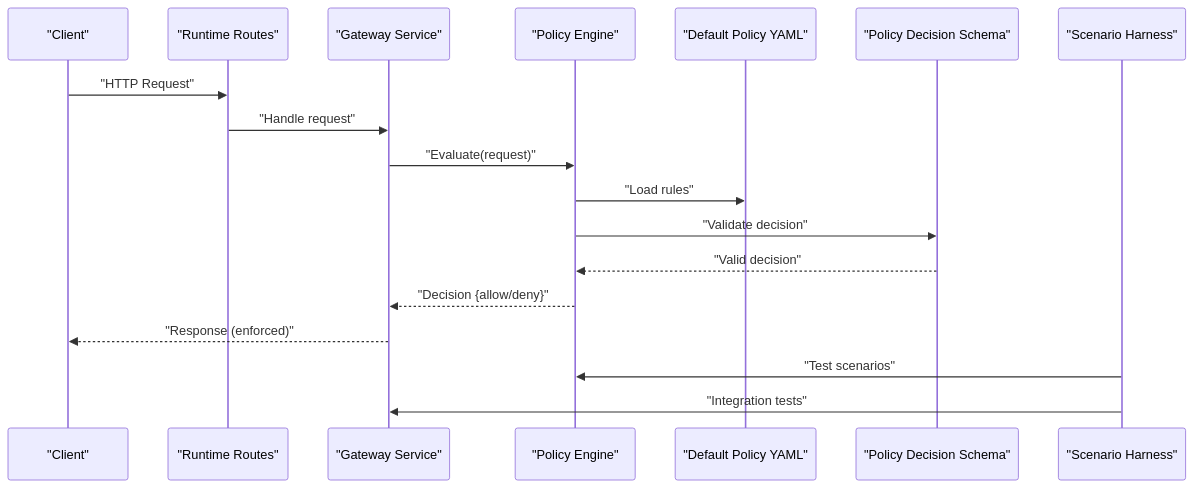
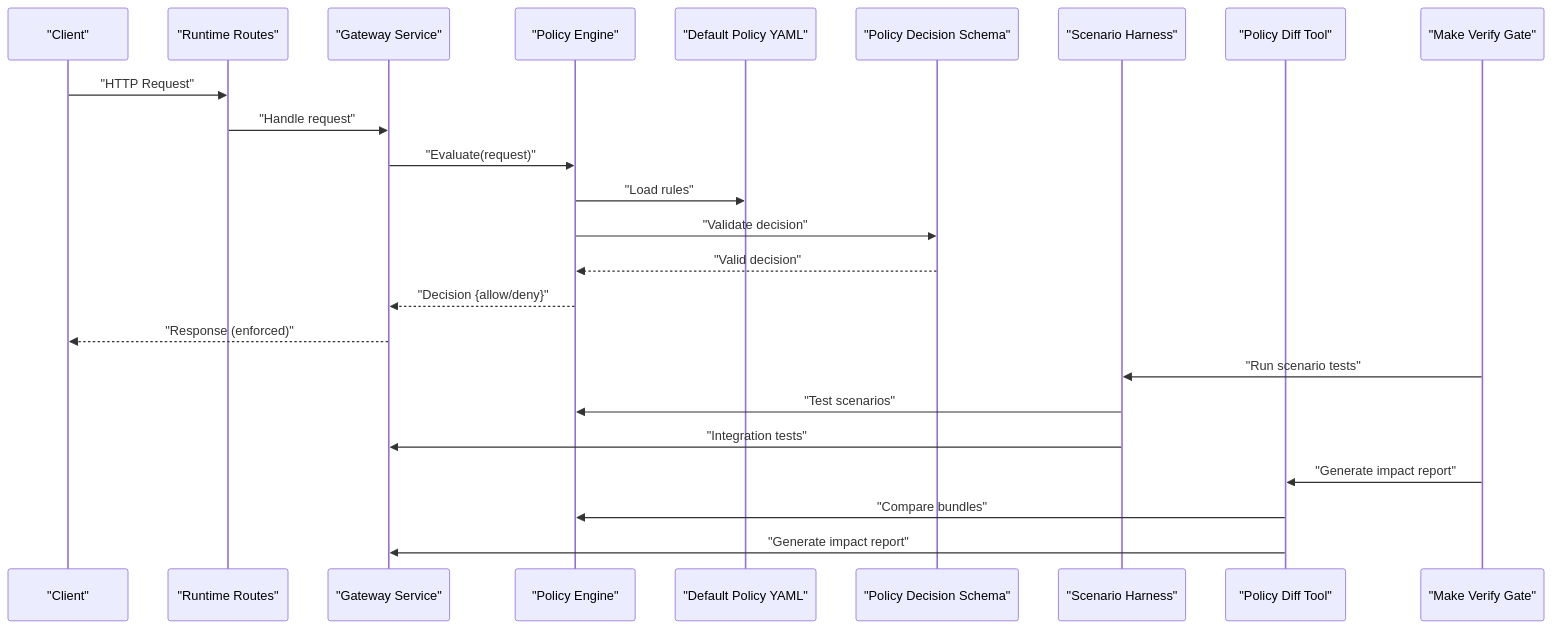
The second of 8 diagrams in .qoder/repowiki/en/content/Policy Management/Policy Testing and Validation.md (metasync/luban-aiops), drawn with Mermaid before and after one commit. The commit also changed other lines of this file and 35 other files, not shown here.

````diff
--- a/.qoder/repowiki/en/content/Policy Management/Policy Testing and Validation.md
+++ b/.qoder/repowiki/en/content/Policy Management/Policy Testing and Validation.md
@@ -158,20 +183,26 @@
 ```mermaid
 sequenceDiagram
 participant Client as "Client"
 participant Routes as "Runtime Routes"
 participant Gateway as "Gateway Service"
 participant Engine as "Policy Engine"
 participant PolicyFile as "Default Policy YAML"
 participant Schema as "Policy Decision Schema"
 participant Scenarios as "Scenario Harness"
+participant DiffTool as "Policy Diff Tool"
+participant MakeVerify as "Make Verify Gate"
 Client->>Routes : "HTTP Request"
 Routes->>Gateway : "Handle request"
 Gateway->>Engine : "Evaluate(request)"
 Engine->>PolicyFile : "Load rules"
 Engine->>Schema : "Validate decision"
 Schema-->>Engine : "Valid decision"
 Engine-->>Gateway : "Decision {allow/deny}"
 Gateway-->>Client : "Response (enforced)"
+MakeVerify->>Scenarios : "Run scenario tests"
 Scenarios->>Engine : "Test scenarios"
 Scenarios->>Gateway : "Integration tests"
+MakeVerify->>DiffTool : "Generate impact report"
+DiffTool->>Engine : "Compare bundles"
+DiffTool->>Gateway : "Generate impact report"
 ```
````
